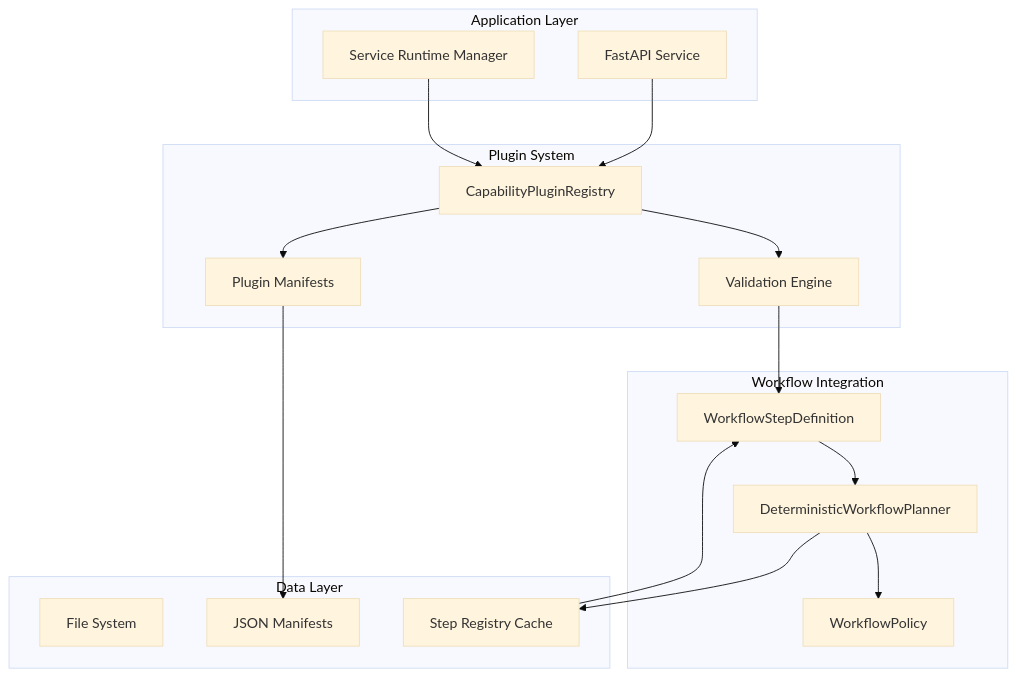
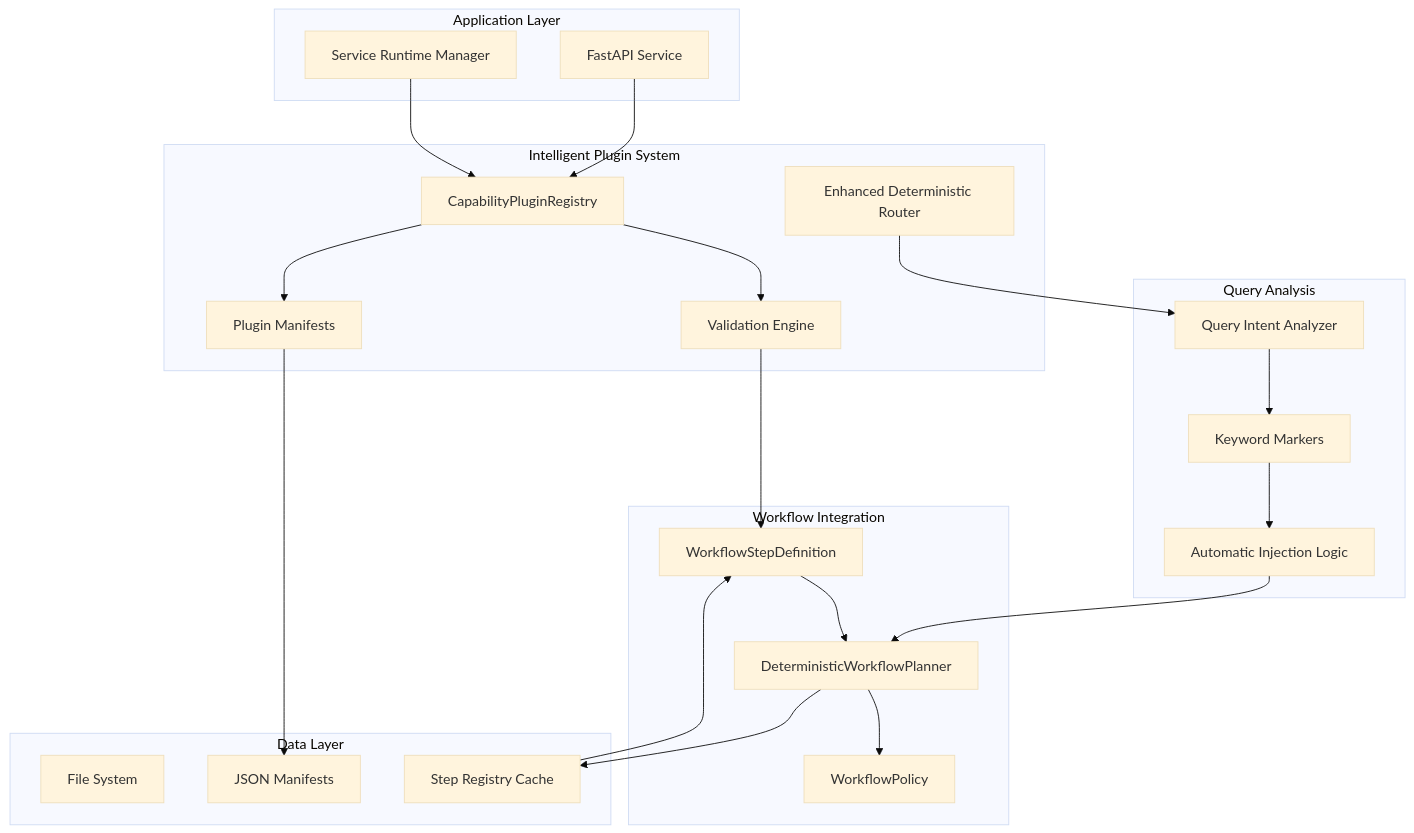
One commit to intellistream/sage-mate changed the first of 12 diagrams in .qoder/repowiki/en/content/Integration and Extensions/Capability Plugin System.md. Above: the diagram before and after it, drawn with Mermaid (base theme). The commit also changed other lines of this file and 136 other files, not shown here.

First line of the commit message:
chore: source updates, bidirectional link graph, data and repowiki refresh

````diff
--- a/.qoder/repowiki/en/content/Integration and Extensions/Capability Plugin System.md
+++ b/.qoder/repowiki/en/content/Integration and Extensions/Capability Plugin System.md
@@ -39,32 +50,42 @@
 ```mermaid
 graph TB
 subgraph "Application Layer"
 API[FastAPI Service]
 Runtime[Service Runtime Manager]
 end
-subgraph "Plugin System"
+subgraph "Intelligent Plugin System"
 Registry[CapabilityPluginRegistry]
+Router[Enhanced Deterministic Router]
 Manifest[Plugin Manifests]
 Validator[Validation Engine]
 end
 subgraph "Workflow Integration"
 Planner[DeterministicWorkflowPlanner]
 Steps[WorkflowStepDefinition]
 Policy[WorkflowPolicy]
+end
+subgraph "Query Analysis"
+Analyzer[Query Intent Analyzer]
+Markers[Keyword Markers]
+Routing[Automatic Injection Logic]
 end
 subgraph "Data Layer"
 FS[File System]
 JSON[JSON Manifests]
 Cache[Step Registry Cache]
 end
 API --> Registry
 Runtime --> Registry
 Registry --> Manifest
 Manifest --> JSON
 Registry --> Validator
 Validator --> Steps
+Router --> Analyzer
+Analyzer --> Markers
+Markers --> Routing
+Routing --> Planner
 Steps --> Planner
 Planner --> Policy
 Planner --> Cache
 Cache --> Steps
 ```
````
